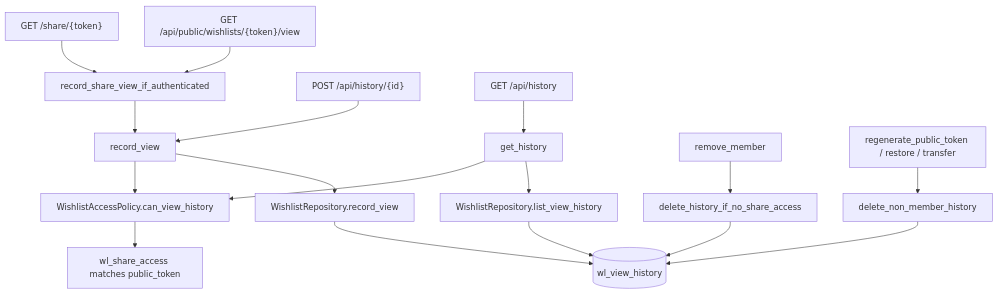
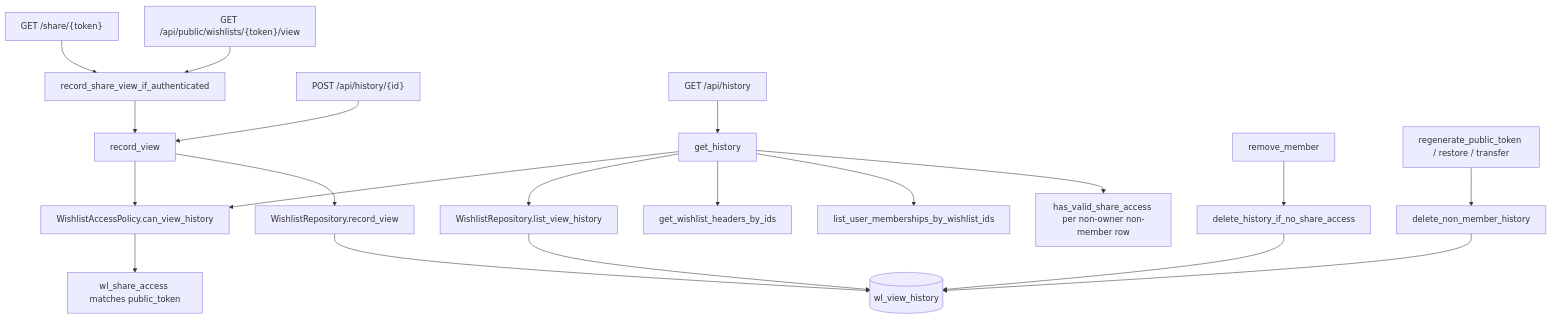
The diagram in doc/dev/wishlists.md (koctep/wishenka), drawn with Mermaid before and after one commit. The commit also changed other lines of this file and 9 other files, not shown here.

First line of the commit message:
performance(wishlists): WISHENKA-325 load history headers in one batch

````diff
--- a/doc/dev/wishlists.md
+++ b/doc/dev/wishlists.md
@@ -779,19 +779,22 @@
 ```mermaid
 flowchart TD
     shareGet["GET /share/{token}"] --> recordHelper["record_share_view_if_authenticated"]
     publicView["GET /api/public/wishlists/{token}/view"] --> recordHelper
     postHist["POST /api/history/{id}"] --> recordView["record_view"]
     getHist["GET /api/history"] --> getHistory["get_history"]
     recordHelper --> recordView
     recordView --> policy["WishlistAccessPolicy.can_view_history"]
     getHistory --> policy
     recordView --> repo["WishlistRepository.record_view"]
     getHistory --> listSql["WishlistRepository.list_view_history"]
+    getHistory --> headers["get_wishlist_headers_by_ids"]
+    getHistory --> memberships["list_user_memberships_by_wishlist_ids"]
+    getHistory --> shareRow["has_valid_share_access per non-owner non-member row"]
     removeMember["remove_member"] --> dropOne["delete_history_if_no_share_access"]
     rotate["regenerate_public_token / restore / transfer"] --> dropMany["delete_non_member_history"]
     policy --> grants["wl_share_access matches public_token"]
     listSql --> db[("wl_view_history")]
     repo --> db
     dropOne --> db
     dropMany --> db
 ```
````
